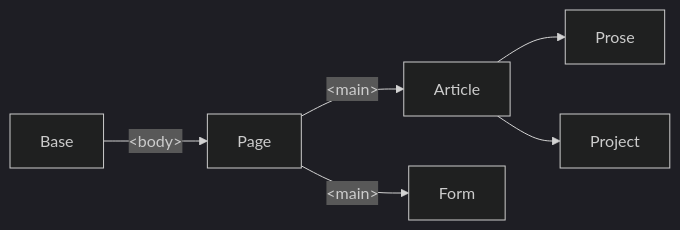
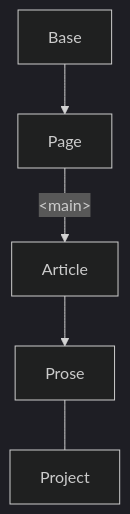
The diagram in src/_includes/layouts/README.md (w0whitaker/elbeekay), drawn with Mermaid (dark theme) before and after one commit. The commit also changed other lines of this file, not shown here.

````diff
--- a/src/_includes/layouts/README.md
+++ b/src/_includes/layouts/README.md
@@ -13,8 +8,6 @@
 ```mermaid
-flowchart LR
-    A[Base] --> | &ltbody&gt | B[Page]
+flowchart TD
+    A[Base] --> B[Page]
     B --> | &ltmain&gt | C[Article]
-    B --> | &ltmain&gt | C1[Form]
-    C --> D1[Prose]
-    C --> D2[Project]
+    C --> D[Prose]---D1[Project]
 ```
````
